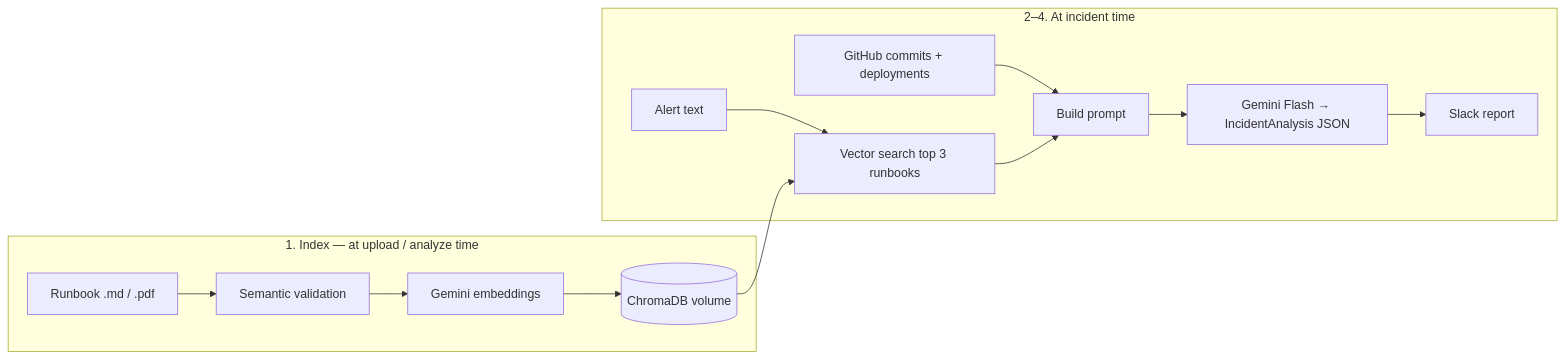
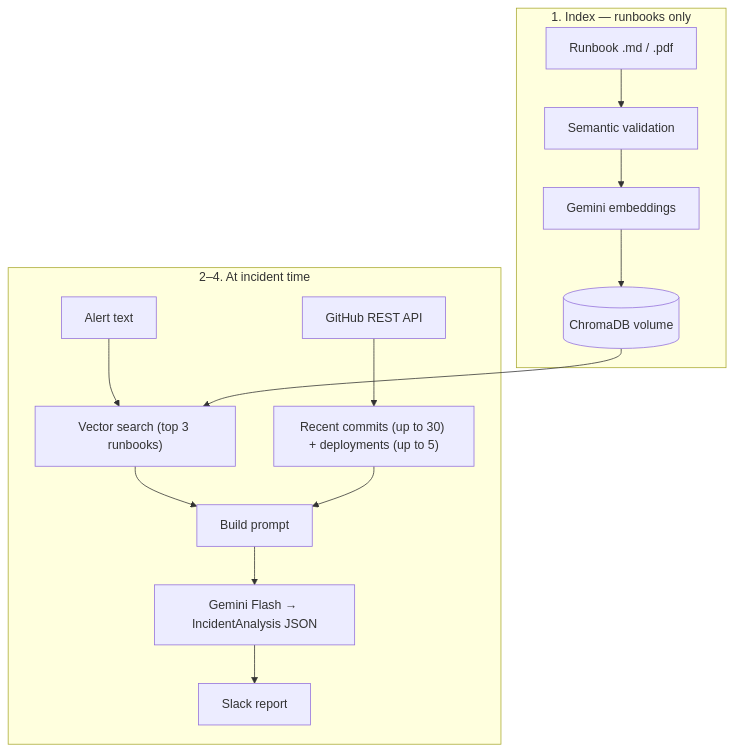
Before and after one commit to devmam999/SentinelAI: the diagram in README.md, drawn with Mermaid. The commit also changed other lines of this file, not shown here.

Commit message:
made it more clear that RAG happens on the runbooks not the commits

````diff
--- a/README.md
+++ b/README.md
@@ -74,17 +76,20 @@
 ```mermaid
-flowchart LR
-  subgraph index [1. Index — at upload / analyze time]
+flowchart TB
+  subgraph index [1. Index — runbooks only]
     RB[Runbook .md / .pdf] --> VAL[Semantic validation]
-    VAL --> EMB1[Gemini embeddings]
-    EMB1 --> CHROMA[(ChromaDB volume)]
+    VAL --> EMB[Gemini embeddings]
+    EMB --> CHROMA[(ChromaDB volume)]
   end
 
-  subgraph query [2–4. At incident time]
-    ALERT[Alert text] --> RET[Vector search top 3 runbooks]
-    CHROMA --> RET
-    GH[GitHub commits + deployments] --> AUG[Build prompt]
-    RET --> AUG
-    AUG --> GEN[Gemini Flash → IncidentAnalysis JSON]
+  subgraph incident [2–4. At incident time]
+    ALERT[Alert text] --> VSEARCH["Vector search (top 3 runbooks)"]
+    CHROMA --> VSEARCH
+
+    GH["GitHub REST API"] --> RECENT["Recent commits (up to 30) + deployments (up to 5)"]
+
+    VSEARCH --> PROMPT[Build prompt]
+    RECENT --> PROMPT
+    PROMPT --> GEN["Gemini Flash → IncidentAnalysis JSON"]
     GEN --> SLACK[Slack report]
   end
 ```
````
